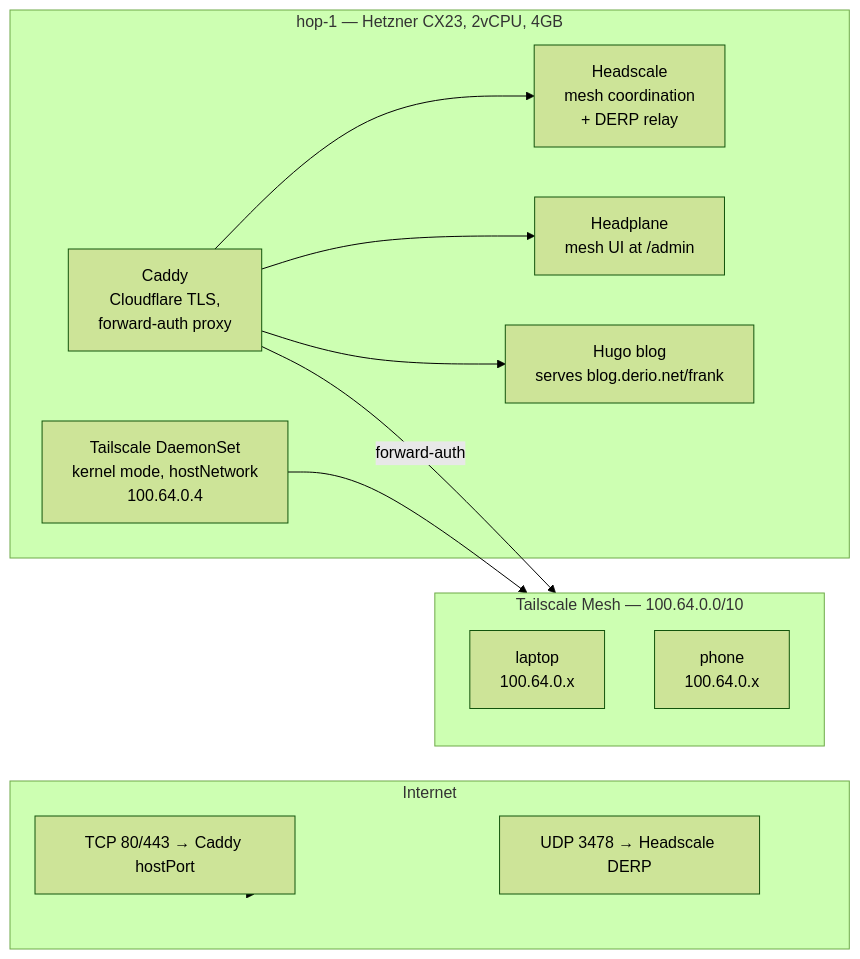
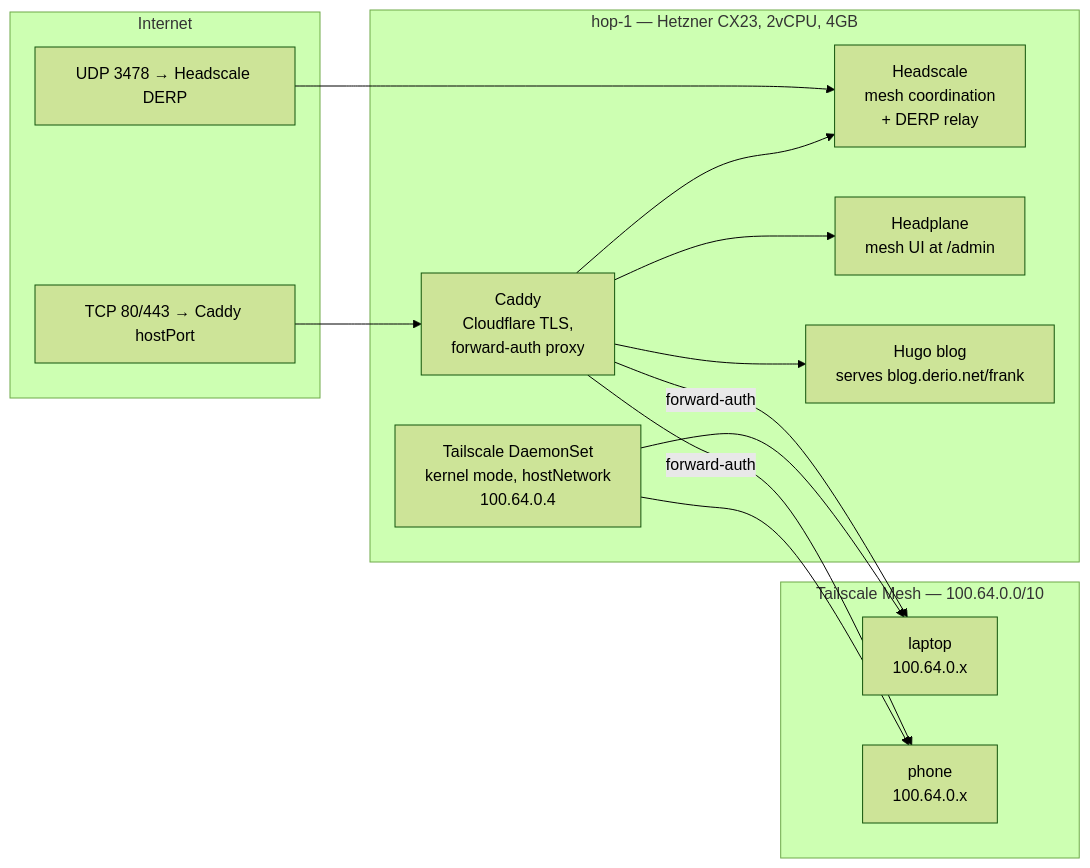
The diagram in blog/content/docs/building/17-public-edge/index.md (derio-net/frank), drawn with Mermaid (forest theme) before and after one commit. The commit also changed other lines of this file and 52 other files, not shown here.

````diff
--- a/blog/content/docs/building/17-public-edge/index.md
+++ b/blog/content/docs/building/17-public-edge/index.md
@@ -19,26 +19,28 @@
 ```mermaid
 flowchart LR
   subgraph Internet
     CaddyExt[TCP 80/443 → Caddy hostPort]
     STUN[UDP 3478 → Headscale DERP]
   end
   subgraph Hop[hop-1 — Hetzner CX23, 2vCPU, 4GB]
     Caddy[Caddy<br/>Cloudflare TLS,<br/>forward-auth proxy]
     Headscale[Headscale<br/>mesh coordination<br/>+ DERP relay]
     HP[Headplane<br/>mesh UI at /admin]
     Blog[Hugo blog<br/>serves blog.derio.net/frank]
     Tailscale[Tailscale DaemonSet<br/>kernel mode, hostNetwork<br/>100.64.0.4]
   end
   subgraph Mesh[Tailscale Mesh — 100.64.0.0/10]
     Laptop[laptop<br/>100.64.0.x]
     Phone[phone<br/>100.64.0.x]
   end
 
-  Internet --> CaddyExt
-  Internet --> STUN
+  CaddyExt --> Caddy
+  STUN --> Headscale
   Caddy --> Headscale
   Caddy --> HP
   Caddy --> Blog
-  Caddy -->|forward-auth| Mesh
-  Tailscale --> Mesh
+  Caddy -->|forward-auth| Laptop
+  Caddy -->|forward-auth| Phone
+  Tailscale --> Laptop
+  Tailscale --> Phone
 ```
````
